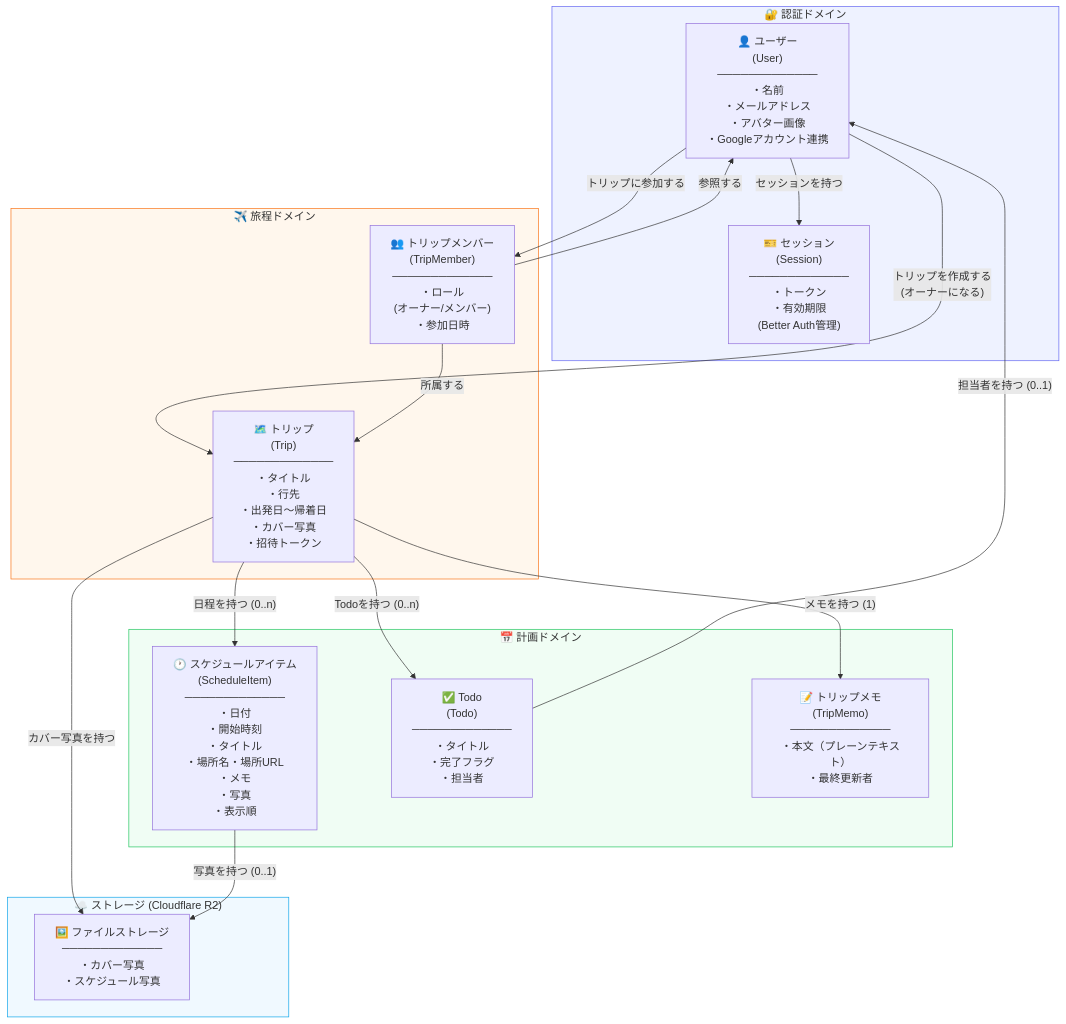
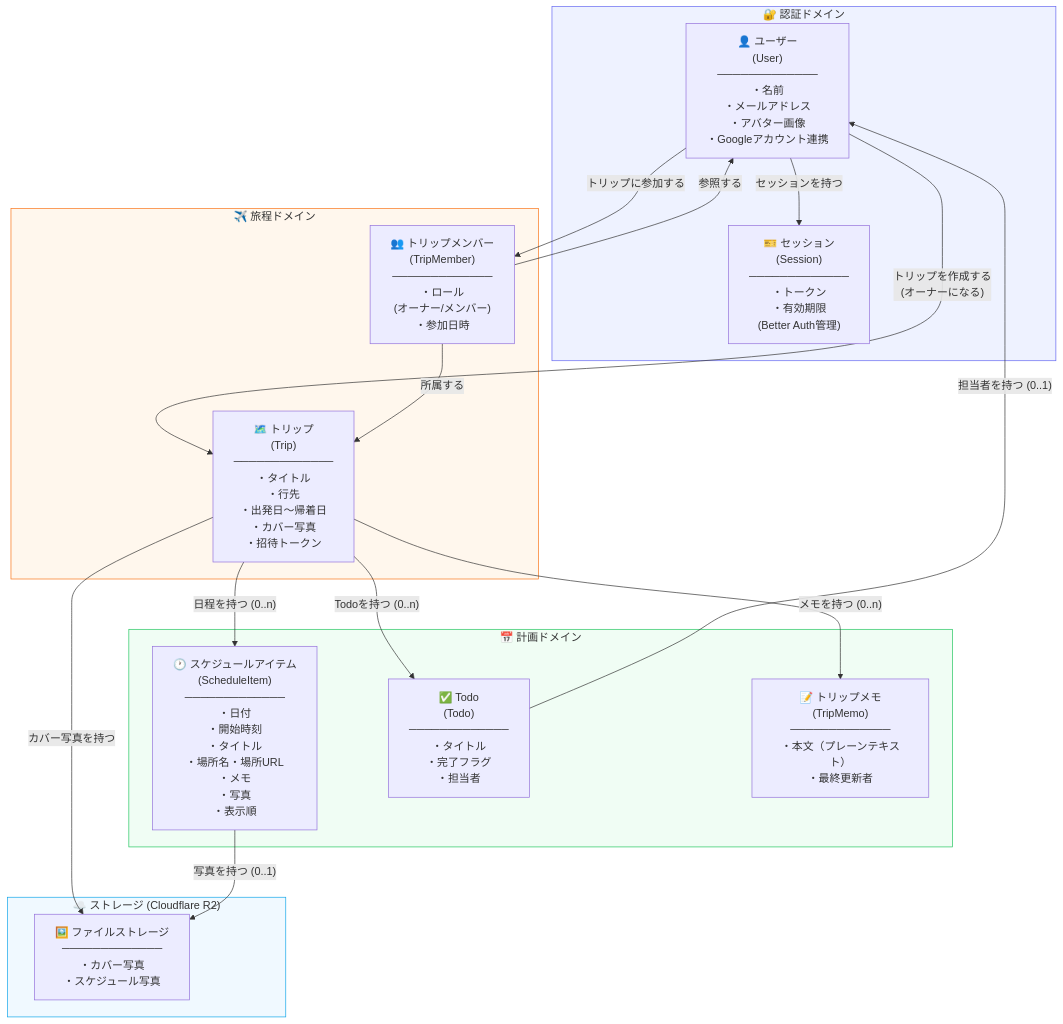
The first of 2 diagrams in packages/trip-app/docs/DOMAIN_ER.md (narith-minami/trip-app), drawn with Mermaid before and after one commit. The commit also changed 3 other files, not shown here.

````diff
--- a/packages/trip-app/docs/DOMAIN_ER.md
+++ b/packages/trip-app/docs/DOMAIN_ER.md
@@ -10,42 +10,42 @@
 ```mermaid
 graph TB
   subgraph 認証ドメイン["🔐 認証ドメイン"]
     User["👤 ユーザー\n(User)\n─────────────\n・名前\n・メールアドレス\n・アバター画像\n・Googleアカウント連携"]
     Session["🎫 セッション\n(Session)\n─────────────\n・トークン\n・有効期限\n(Better Auth管理)"]
   end
 
   subgraph 旅程ドメイン["✈️ 旅程ドメイン"]
     Trip["🗺️ トリップ\n(Trip)\n─────────────\n・タイトル\n・行先\n・出発日〜帰着日\n・カバー写真\n・招待トークン"]
     TripMember["👥 トリップメンバー\n(TripMember)\n─────────────\n・ロール\n  (オーナー/メンバー)\n・参加日時"]
   end
 
   subgraph 計画ドメイン["📅 計画ドメイン"]
     ScheduleItem["🕐 スケジュールアイテム\n(ScheduleItem)\n─────────────\n・日付\n・開始時刻\n・タイトル\n・場所名・場所URL\n・メモ\n・写真\n・表示順"]
     Todo["✅ Todo\n(Todo)\n─────────────\n・タイトル\n・完了フラグ\n・担当者"]
     TripMemo["📝 トリップメモ\n(TripMemo)\n─────────────\n・本文（プレーンテキスト）\n・最終更新者"]
   end
 
   subgraph ストレージドメイン["☁️ ストレージ (Cloudflare R2)"]
     R2["🖼️ ファイルストレージ\n─────────────\n・カバー写真\n・スケジュール写真"]
   end
 
   %% 関係
   User -->|"セッションを持つ"| Session
   User -->|"トリップを作成する\n(オーナーになる)"| Trip
   User -->|"トリップに参加する"| TripMember
   TripMember -->|"所属する"| Trip
 
   Trip -->|"日程を持つ (0..n)"| ScheduleItem
   Trip -->|"Todoを持つ (0..n)"| Todo
-  Trip -->|"メモを持つ (1)"| TripMemo
+  Trip -->|"メモを持つ (0..n)"| TripMemo
   Trip -->|"カバー写真を持つ"| R2
 
   ScheduleItem -->|"写真を持つ (0..1)"| R2
   Todo -->|"担当者を持つ (0..1)"| User
   TripMember -->|"参照する"| User
 
   style 認証ドメイン fill:#EEF2FF,stroke:#6366F1
   style 旅程ドメイン fill:#FFF7ED,stroke:#F97316
   style 計画ドメイン fill:#F0FDF4,stroke:#22C55E
   style ストレージドメイン fill:#F0F9FF,stroke:#0EA5E9
 ```
````
